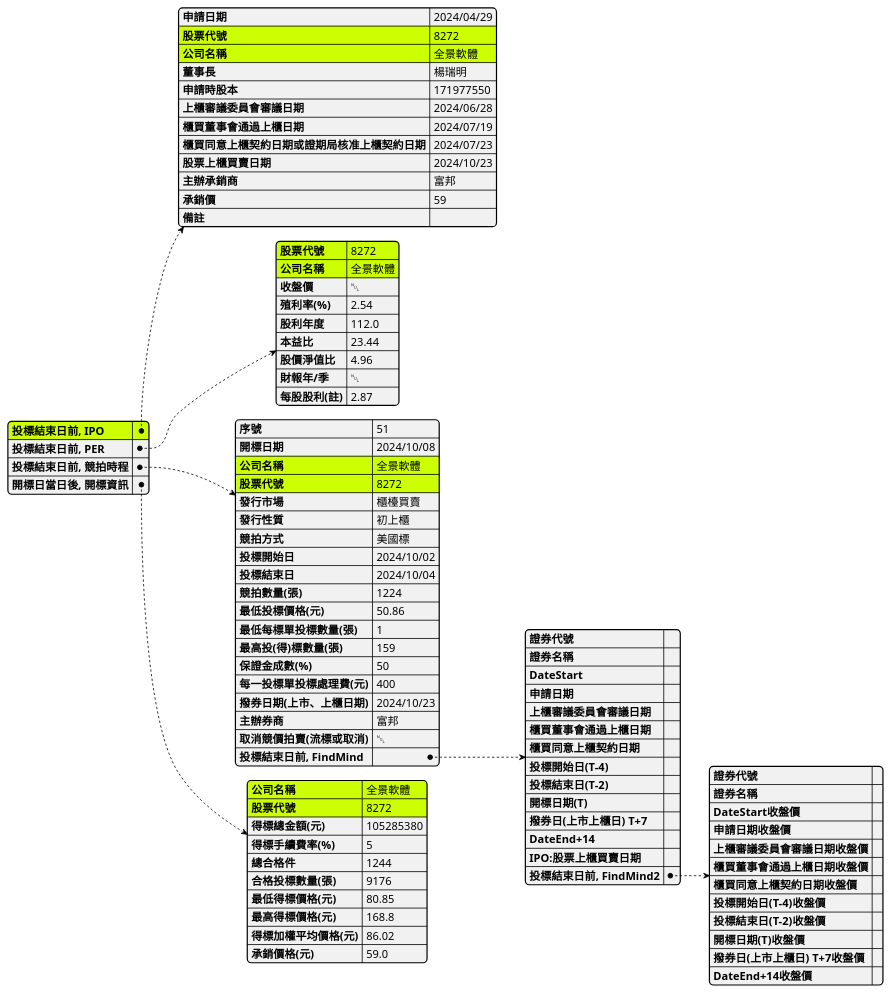
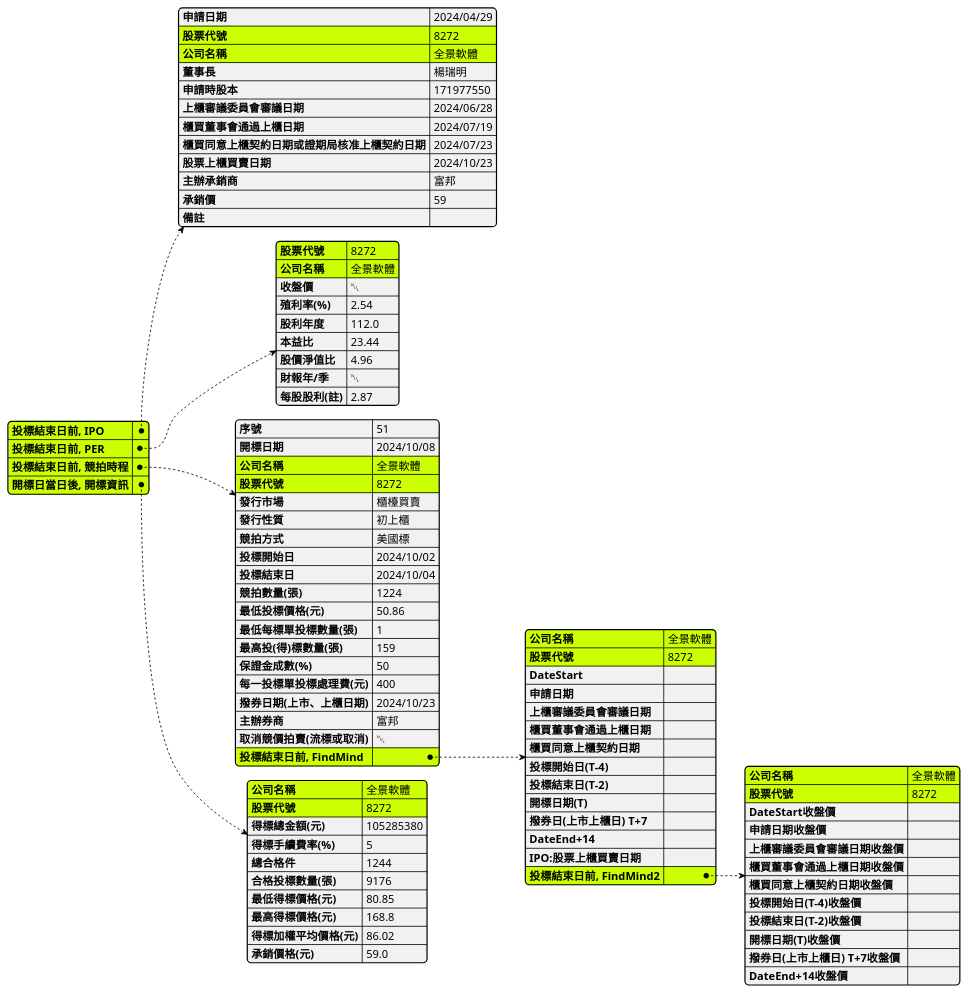
The diagram in IPO.plantuml (wenchiehlee/Selenium-Actions.Auction), drawn with PlantUML before and after one commit.

```diff
--- a/IPO.plantuml
+++ b/IPO.plantuml
@@ -1,113 +1,129 @@
 @startjson
 
 skinparam BoxPadding 10
 skinparam actorStyle awesome
 skinparam LegendBorderThickness 1
 skinparam backgroundColor transparent
 
 #highlight  "投標結束日前, IPO"
 
 #highlight  "投標結束日前, IPO" / "股票代號"
 #highlight  "投標結束日前, IPO" / "公司名稱"
 
+#highlight  "投標結束日前, PER"
+
 #highlight  "投標結束日前, PER" / "股票代號"
 #highlight  "投標結束日前, PER" / "公司名稱"
 
+#highlight  "投標結束日前, 競拍時程"
+
 #highlight  "投標結束日前, 競拍時程" / "股票代號"
 #highlight  "投標結束日前, 競拍時程" / "公司名稱"
+
+#highlight  "投標結束日前, 競拍時程" / "投標結束日前, FindMind"
+
+#highlight  "投標結束日前, 競拍時程" / "投標結束日前, FindMind" / "股票代號"
+#highlight  "投標結束日前, 競拍時程" / "投標結束日前, FindMind" / "公司名稱"
+
+#highlight  "投標結束日前, 競拍時程" / "投標結束日前, FindMind" / "投標結束日前, FindMind2"
+
+#highlight  "投標結束日前, 競拍時程" / "投標結束日前, FindMind" / "投標結束日前, FindMind2" / "股票代號"
+#highlight  "投標結束日前, 競拍時程" / "投標結束日前, FindMind" / "投標結束日前, FindMind2" / "公司名稱"
+
+#highlight  "開標日當日後, 開標資訊"
 
 #highlight  "開標日當日後, 開標資訊" / "股票代號"
 #highlight  "開標日當日後, 開標資訊" / "公司名稱"
 
 
 {
   "投標結束日前, IPO":     {
   "申請日期": "2024/04/29",
   "股票代號": "8272",
   "公司名稱": "全景軟體",
   "董事長": "楊瑞明",
   "申請時股本": 171977550,
   "上櫃審議委員會審議日期": "2024/06/28",
   "櫃買董事會通過上櫃日期": "2024/07/19",
   "櫃買同意上櫃契約日期或證期局核准上櫃契約日期": "2024/07/23",
   "股票上櫃買賣日期": "2024/10/23",
   "主辦承銷商": "富邦",
   "承銷價": 59,
   "備註": ""
     },
 
   "投標結束日前, PER":     {
         "股票代號": "8272",
         "公司名稱": "全景軟體",
         "收盤價": null,
         "殖利率(%)": 2.54,
         "股利年度": 112.0,
         "本益比": 23.44,
         "股價淨值比": 4.96,
         "財報年/季": null,
         "每股股利(註)": 2.87
     },
   "投標結束日前, 競拍時程":     {
         "序號": 51,
         "開標日期": "2024/10/08",
         "公司名稱": "全景軟體",
         "股票代號": "8272",
         "發行市場": "櫃檯買賣",
         "發行性質": "初上櫃",
         "競拍方式": "美國標",
         "投標開始日": "2024/10/02",
         "投標結束日": "2024/10/04",
         "競拍數量(張)": 1224,
         "最低投標價格(元)": 50.86,
         "最低每標單投標數量(張)": 1,
         "最高投(得)標數量(張)": 159,
         "保證金成數(%)": 50,
         "每一投標單投標處理費(元)": 400,
         "撥券日期(上市、上櫃日期)": "2024/10/23",
         "主辦券商": "富邦",
         "取消競價拍賣(流標或取消)": null,
 
         "投標結束日前, FindMind": {
-        "證券代號": "",
-        "證券名稱": "",
+        "公司名稱": "全景軟體",
+        "股票代號": "8272",
         "DateStart":"",
         "申請日期": "",
         "上櫃審議委員會審議日期":"",
         "櫃買董事會通過上櫃日期":"",
         "櫃買同意上櫃契約日期":"",
         "投標開始日(T-4)":"",
         "投標結束日(T-2)":"",
         "開標日期(T)":"",
         "撥券日(上市上櫃日) T+7":"",
         "DateEnd+14":"",
         "IPO:股票上櫃買賣日期":"",
         "投標結束日前, FindMind2": {
-        "證券代號": "",
-        "證券名稱": "",
+        "公司名稱": "全景軟體",
+        "股票代號": "8272",
         "DateStart收盤價":"",
         "申請日期收盤價": "",
         "上櫃審議委員會審議日期收盤價":"",
         "櫃買董事會通過上櫃日期收盤價":"",
         "櫃買同意上櫃契約日期收盤價":"",
         "投標開始日(T-4)收盤價":"",
         "投標結束日(T-2)收盤價":"",
         "開標日期(T)收盤價":"",
         "撥券日(上市上櫃日) T+7收盤價":"",
         "DateEnd+14收盤價":""
         }
         }
     },
   "開標日當日後, 開標資訊": {
     "公司名稱": "全景軟體",
     "股票代號": "8272",
     "得標總金額(元)": 105285380,
     "得標手續費率(%)": 5,
     "總合格件": 1244,
     "合格投標數量(張)": 9176,
     "最低得標價格(元)": 80.85,
     "最高得標價格(元)": 168.8,
     "得標加權平均價格(元)": 86.02,
     "承銷價格(元)": 59.0
   }
 }
 @endjson
```
